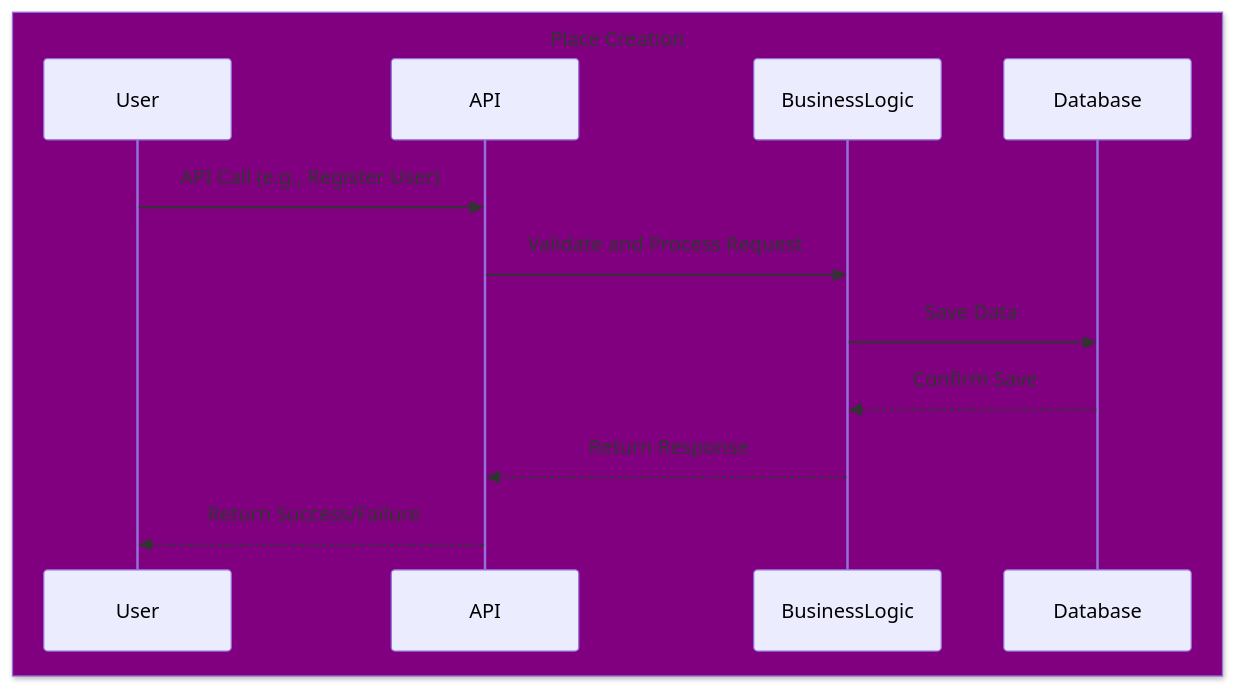
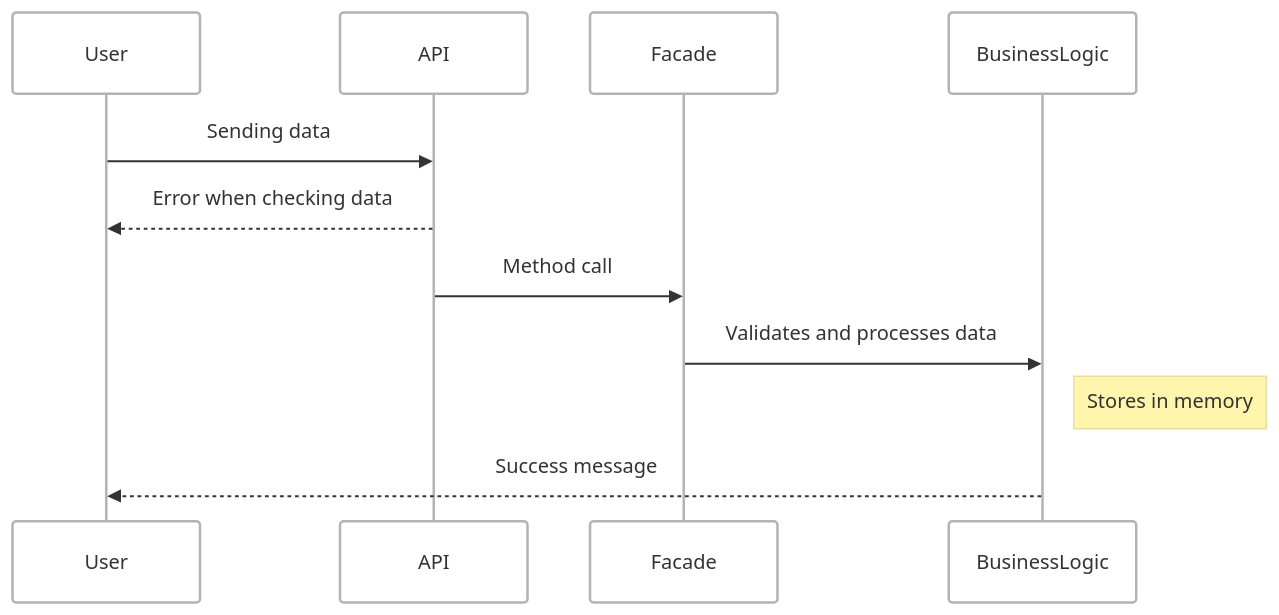
Before and after one commit to feratholberton/holbertonschool-hbnb: the fourth of 6 diagrams in README.md, drawn with Mermaid.

Commit message:
Place Creation sequence

````diff
--- a/README.md
+++ b/README.md
@@ -178,15 +178,17 @@
 ```mermaid
+---
+config:
+  theme: neo
+---
 sequenceDiagram
-box Purple Place Creation
-    participant User
-    participant API
-    participant BusinessLogic
-    participant Database
-end
-User->>API: API Call (e.g., Register User)
-API->>BusinessLogic: Validate and Process Request
-BusinessLogic->>Database: Save Data
-Database-->>BusinessLogic: Confirm Save
-BusinessLogic-->>API: Return Response
-API-->>User: Return Success/Failure
+  participant User as User
+  participant API as API
+  participant Facade as Facade
+  participant BusinessLogic as BusinessLogic
+  User ->> API: Sending data
+  API -->> User: Error when checking data
+  API ->> Facade: Method call
+  Facade ->> BusinessLogic: Validates and processes data
+  Note right of BusinessLogic: Stores in memory
+  BusinessLogic -->> User: Success message
 ```
````
